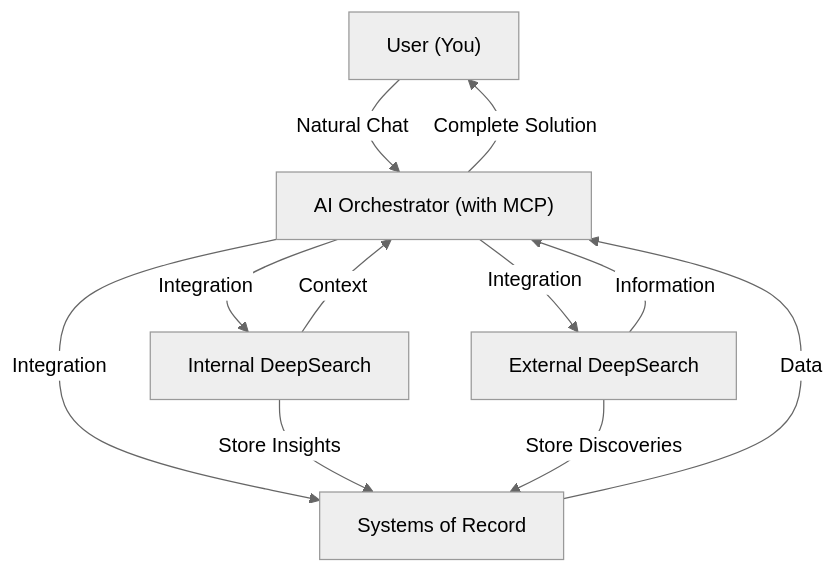
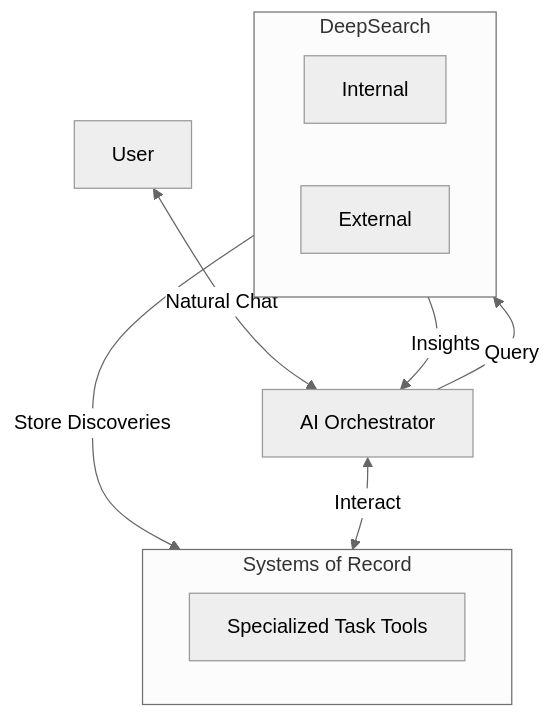
One commit to TNEP4/Asteria changed the diagram in readme.md. Above: the diagram before and after it, drawn with Mermaid (neutral theme). The commit also changed other lines of this file, not shown here.

Commit message:
Refined readme to emphasize Asteria's AI-powered productivity system, updated core components, and clarified research findings. Enhanced system architecture description and integration targets for better understanding of tool interactions.

````diff
--- a/readme.md
+++ b/readme.md
@@ -69,13 +67,18 @@
 ```mermaid
 graph TD
-    user["User (You)"] -->|"Natural Chat"| orchestrator["AI Orchestrator (with MCP)"]
-    orchestrator -->|"Integration"| systems["Systems of Record"]
-    orchestrator -->|"Integration"| internal["Internal DeepSearch"]
-    orchestrator -->|"Integration"| external["External DeepSearch"]
-    systems -->|"Data"| orchestrator
-    internal -->|"Context"| orchestrator
-    external -->|"Information"| orchestrator
-    internal -->|"Store Insights"| systems
-    external -->|"Store Discoveries"| systems
-    orchestrator -->|"Complete Solution"| user
+    user["User"] <-->|"Natural Chat"| ai["AI Orchestrator"]
+    
+    ai -->|"Query"| deepSearch["DeepSearch"]
+    deepSearch -->|"Insights"| ai
+    deepSearch -->|"Store Discoveries"| tools
+    
+    ai <-->|"Interact"| tools["Systems of Record"]
+    
+    subgraph deepSearch["DeepSearch"]
+    internal["Internal"] & external["External"]
+    end
+    
+    subgraph tools["Systems of Record"]
+    specialized["Specialized Task Tools"]
+    end
 ```
````
